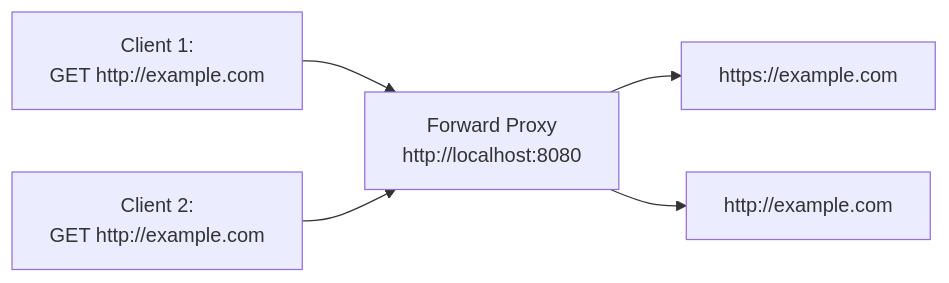
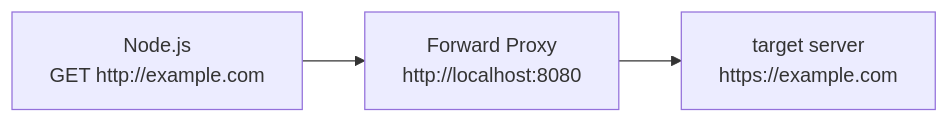
One commit to samuel871211/yusheng-tech-blog changed the third of 8 diagrams in docs/nodejs/http_proxy.md. Above: the diagram before and after it, drawn with Mermaid. The commit also changed other lines of this file and 2 other files, not shown here.

Commit message:
http_proxy

````diff
--- a/docs/nodejs/http_proxy.md
+++ b/docs/nodejs/http_proxy.md
@@ -65,7 +71,5 @@
 ```mermaid
 flowchart LR
-  A["Client 1:<br/>GET http://example.com"] --> B[Forward Proxy<br/>http://localhost:8080]
-  C["Client 2:<br/>GET http://example.com"] --> B
-  B --> D["https://example.com"]
-  B --> E["http://example.com"]
+  A["Node.js<br/>GET http://example.com"] --> B[Forward Proxy<br/>http://localhost:8080]
+  B --> C["target server<br/>https://example.com"]
 ```
````
